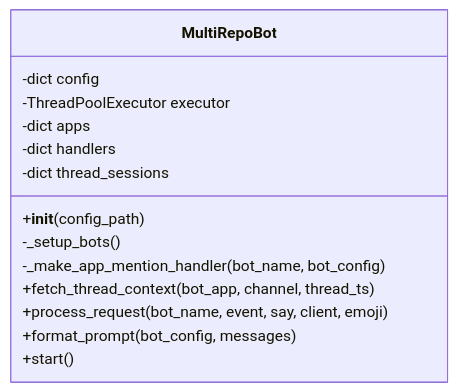
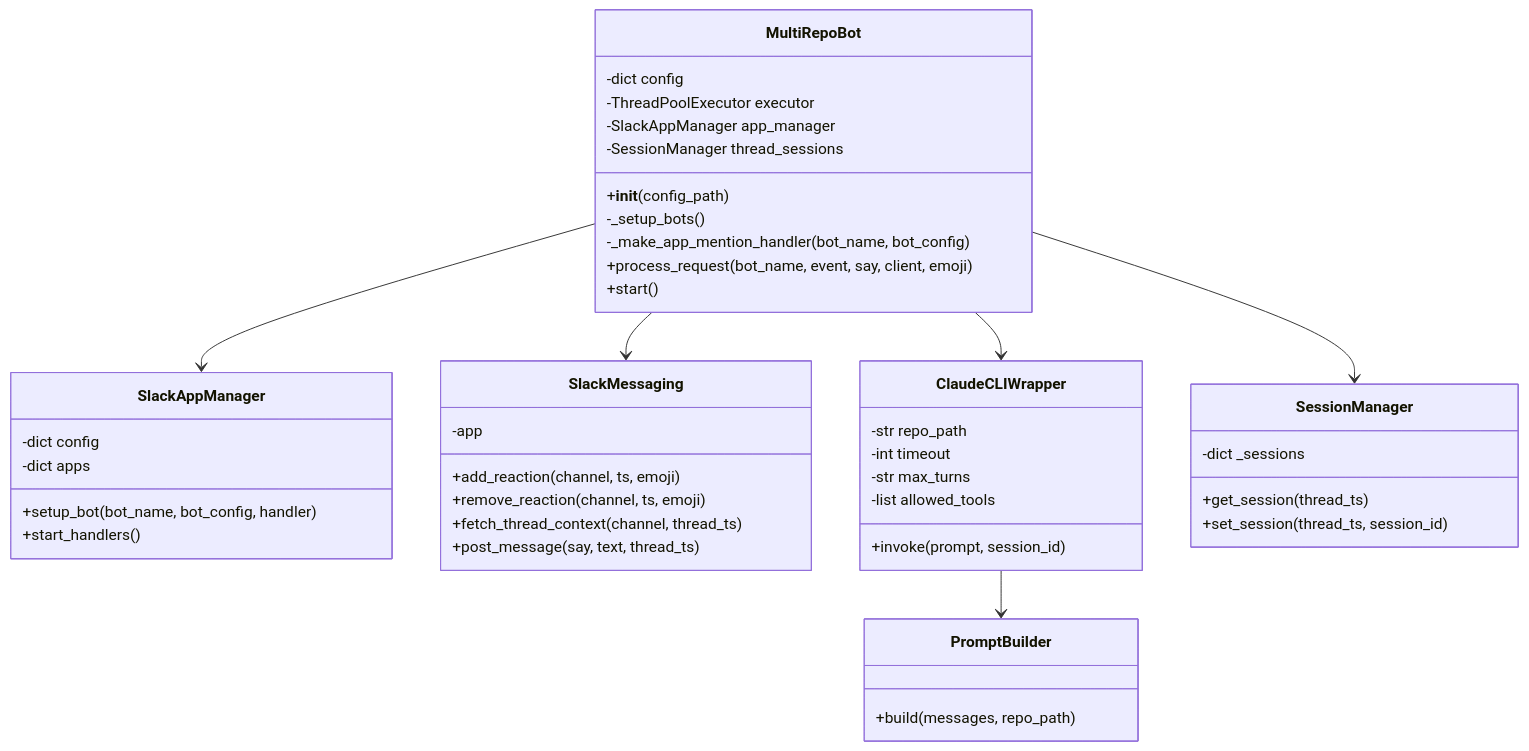
Before and after one commit to edmundlam/repo-sherpa: the third of 10 diagrams in docs/architecture.md, drawn with Mermaid. The commit also changed other lines of this file and 22 other files, not shown here.

````diff
--- a/docs/architecture.md
+++ b/docs/architecture.md
@@ -109,17 +141,53 @@
 ```mermaid
 classDiagram
     class MultiRepoBot {
         -dict config
         -ThreadPoolExecutor executor
-        -dict apps
-        -dict handlers
-        -dict thread_sessions
+        -SlackAppManager app_manager
+        -SessionManager thread_sessions
         +__init__(config_path)
         -_setup_bots()
         -_make_app_mention_handler(bot_name, bot_config)
-        +fetch_thread_context(bot_app, channel, thread_ts)
         +process_request(bot_name, event, say, client, emoji)
-        +format_prompt(bot_config, messages)
         +start()
     }
+
+    class SlackAppManager {
+        -dict config
+        -dict apps
+        +setup_bot(bot_name, bot_config, handler)
+        +start_handlers()
+    }
+
+    class SlackMessaging {
+        -app
+        +add_reaction(channel, ts, emoji)
+        +remove_reaction(channel, ts, emoji)
+        +fetch_thread_context(channel, thread_ts)
+        +post_message(say, text, thread_ts)
+    }
+
+    class ClaudeCLIWrapper {
+        -str repo_path
+        -int timeout
+        -str max_turns
+        -list allowed_tools
+        +invoke(prompt, session_id)
+    }
+
+    class PromptBuilder {
+        +build(messages, repo_path)
+    }
+
+    class SessionManager {
+        -dict _sessions
+        +get_session(thread_ts)
+        +set_session(thread_ts, session_id)
+    }
+
+    MultiRepoBot --> SlackAppManager
+    MultiRepoBot --> SlackMessaging
+    MultiRepoBot --> ClaudeCLIWrapper
+    MultiRepoBot --> SessionManager
+    ClaudeCLIWrapper --> PromptBuilder
 ```
````
